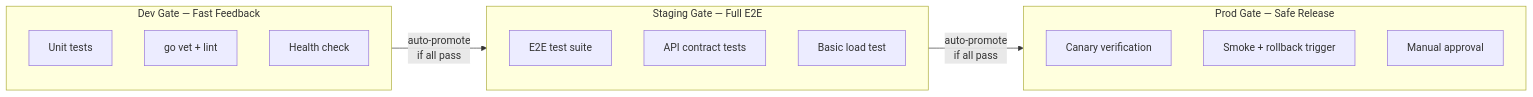
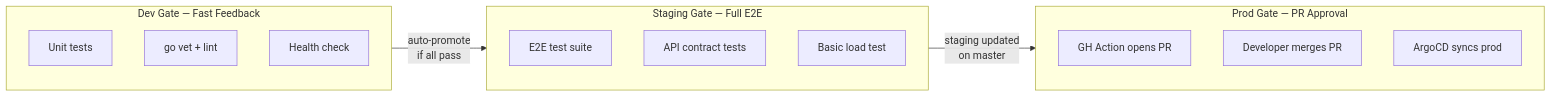
The first of 5 diagrams in docs/infra/validation-and-e2e-strategy.md (AaronRoethe/homelab), drawn with Mermaid before and after one commit. The commit also changed other lines of this file and 14 other files, not shown here.

````diff
--- a/docs/infra/validation-and-e2e-strategy.md
+++ b/docs/infra/validation-and-e2e-strategy.md
@@ -25,23 +25,23 @@
 ```mermaid
 flowchart LR
     subgraph dev["Dev Gate — Fast Feedback"]
         unit["Unit tests"]
         lint["go vet + lint"]
         health["Health check"]
     end
 
     subgraph staging["Staging Gate — Full E2E"]
         e2e["E2E test suite"]
         contract["API contract tests"]
         perf["Basic load test"]
     end
 
-    subgraph prod["Prod Gate — Safe Release"]
-        canary["Canary verification"]
-        smoke["Smoke + rollback trigger"]
-        manual["Manual approval"]
+    subgraph prod["Prod Gate — PR Approval"]
+        prod_pr["GH Action opens PR"]
+        merge["Developer merges PR"]
+        argocd_sync["ArgoCD syncs prod"]
     end
 
     dev -->|"auto-promote<br/>if all pass"| staging
-    staging -->|"auto-promote<br/>if all pass"| prod
+    staging -->|"staging updated<br/>on master"| prod
 ```
````
